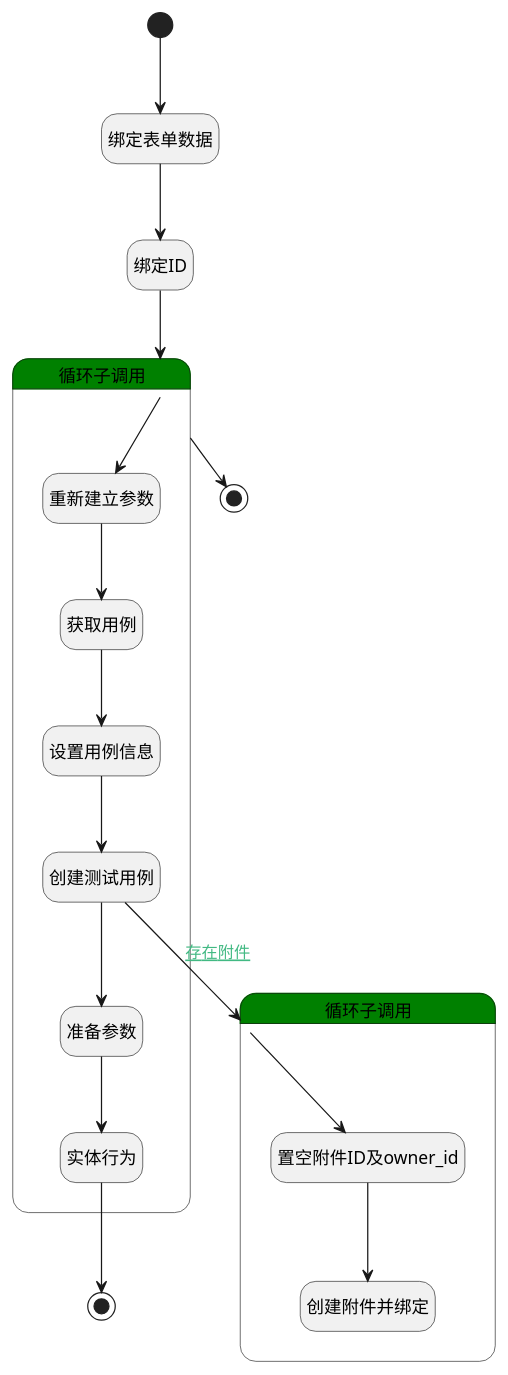
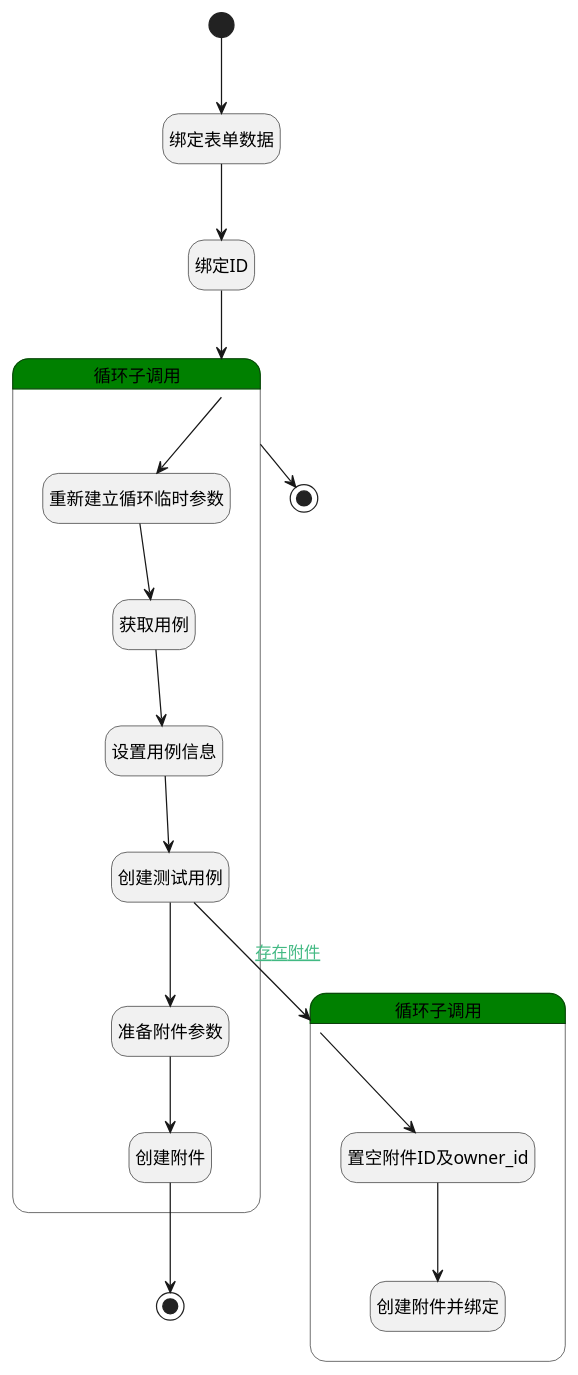
One commit to iBizLab/plm changed the diagram in doc/docsify/module/TestMgmt/test_case/logic/copy_test_case.md. Above: the diagram before and after it, drawn with PlantUML. The commit also changed other lines of this file and 1778 other files, not shown here.

````diff
--- a/doc/docsify/module/TestMgmt/test_case/logic/copy_test_case.md
+++ b/doc/docsify/module/TestMgmt/test_case/logic/copy_test_case.md
@@ -7,47 +7,47 @@
 ```plantuml
 @startuml
 hide empty description
 <style>
 root {
   HyperlinkColor #42b983
 }
 </style>
 
 hide empty description
 state "开始" as Begin <<start>> [[$./copy_test_case#begin {"开始"}]]
 state "绑定表单数据" as BINDPARAM1  [[$./copy_test_case#bindparam1 {"绑定表单数据"}]]
 state "绑定ID" as BINDPARAM2  [[$./copy_test_case#bindparam2 {"绑定ID"}]]
 state "结束" as END1 <<end>> [[$./copy_test_case#end1 {"结束"}]]
 state "结束" as END2 <<end>> [[$./copy_test_case#end2 {"结束"}]]
 state "循环子调用" as LOOPSUBCALL1  [[$./copy_test_case#loopsubcall1 {"循环子调用"}]] #green {
-state "重新建立参数" as RENEWPARAM1  [[$./copy_test_case#renewparam1 {"重新建立参数"}]]
+state "重新建立循环临时参数" as RENEWPARAM1  [[$./copy_test_case#renewparam1 {"重新建立循环临时参数"}]]
 state "获取用例" as DEACTION2  [[$./copy_test_case#deaction2 {"获取用例"}]]
 state "设置用例信息" as PREPAREPARAM1  [[$./copy_test_case#prepareparam1 {"设置用例信息"}]]
 state "创建测试用例" as DEACTION1  [[$./copy_test_case#deaction1 {"创建测试用例"}]]
-state "准备参数" as PREPAREPARAM3  [[$./copy_test_case#prepareparam3 {"准备参数"}]]
-state "实体行为" as DEACTION4  [[$./copy_test_case#deaction4 {"实体行为"}]]
+state "准备附件参数" as PREPAREPARAM3  [[$./copy_test_case#prepareparam3 {"准备附件参数"}]]
+state "创建附件" as DEACTION4  [[$./copy_test_case#deaction4 {"创建附件"}]]
 }
 state "循环子调用" as LOOPSUBCALL2  [[$./copy_test_case#loopsubcall2 {"循环子调用"}]] #green {
 state "置空附件ID及owner_id" as PREPAREPARAM2  [[$./copy_test_case#prepareparam2 {"置空附件ID及owner_id"}]]
 state "创建附件并绑定" as DEACTION3  [[$./copy_test_case#deaction3 {"创建附件并绑定"}]]
 }
 
 
 Begin --> BINDPARAM1
 BINDPARAM1 --> BINDPARAM2
 BINDPARAM2 --> LOOPSUBCALL1
 LOOPSUBCALL1 --> RENEWPARAM1
 RENEWPARAM1 --> DEACTION2
 DEACTION2 --> PREPAREPARAM1
 PREPAREPARAM1 --> DEACTION1
 DEACTION1 --> LOOPSUBCALL2 : [[$./copy_test_case#deaction1-loopsubcall2{存在附件} 存在附件]]
 LOOPSUBCALL2 --> PREPAREPARAM2
 PREPAREPARAM2 --> DEACTION3
 DEACTION1 --> PREPAREPARAM3
 PREPAREPARAM3 --> DEACTION4
 DEACTION4 --> END2
 LOOPSUBCALL1 --> END1
 
 
 @enduml
 ```
````
